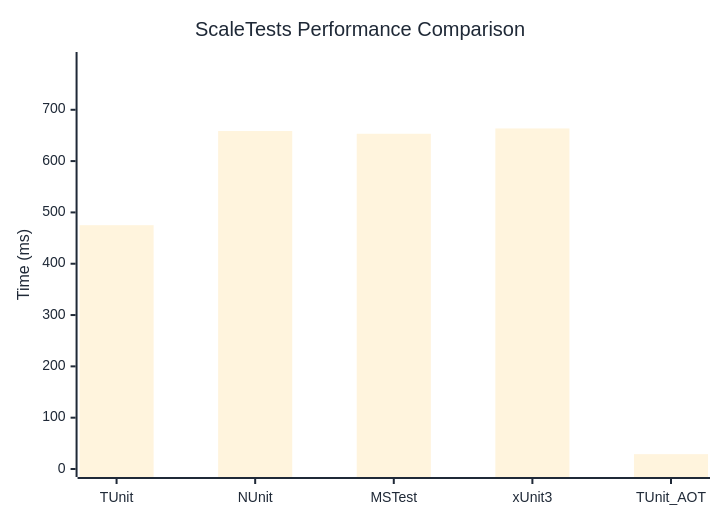
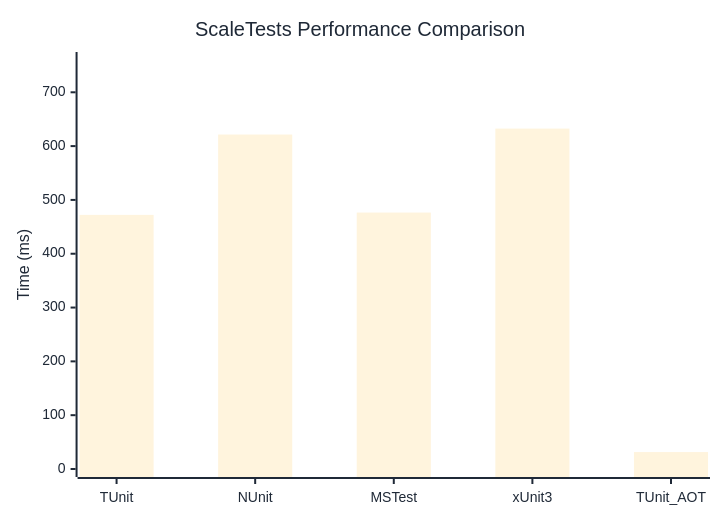
One commit to thomhurst/TUnit changed the diagram in docs/docs/benchmarks/ScaleTests.md. Above: the diagram before and after it, drawn with Mermaid. The commit also changed other lines of this file and 17 other files, not shown here.

````diff
--- a/docs/docs/benchmarks/ScaleTests.md
+++ b/docs/docs/benchmarks/ScaleTests.md
@@ -27,37 +27,37 @@
 ```mermaid
 %%{init: {
   'theme':'base',
   'themeVariables': {
     'primaryColor': '#2563eb',
     'primaryTextColor': '#1f2937',
     'primaryBorderColor': '#1e40af',
     'lineColor': '#6b7280',
     'secondaryColor': '#7c3aed',
     'tertiaryColor': '#dc2626',
     'background': '#ffffff',
     'mainBkg': '#2563eb',
     'secondBkg': '#7c3aed',
     'tertiaryBkg': '#dc2626',
     'clusterBkg': '#f3f4f6',
     'edgeLabelBackground': '#ffffff',
     'tertiaryTextColor': '#1f2937',
     'pie1': '#2563eb',
     'pie2': '#7c3aed',
     'pie3': '#dc2626',
     'pie4': '#f59e0b',
     'pie5': '#10b981',
     'pie6': '#06b6d4',
     'pie7': '#ec4899',
     'pie8': '#6366f1',
     'pie9': '#84cc16',
     'pie10': '#f97316',
     'pie11': '#14b8a6',
     'pie12': '#a855f7'
   }
 }}%%
 xychart-beta
   title "ScaleTests Performance Comparison"
   x-axis ["TUnit", "NUnit", "MSTest", "xUnit3", "TUnit_AOT"]
-  y-axis "Time (ms)" 0 --> 797
-  bar [475.1, 658.6, 653.28, 663.62, 28.92]
+  y-axis "Time (ms)" 0 --> 760
+  bar [472.21, 621.5, 476.49, 632.53, 31.46]
 ```
````
